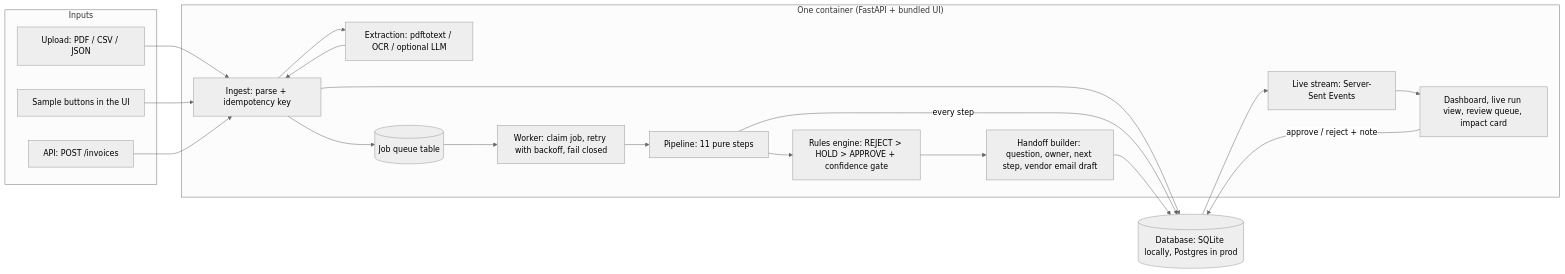
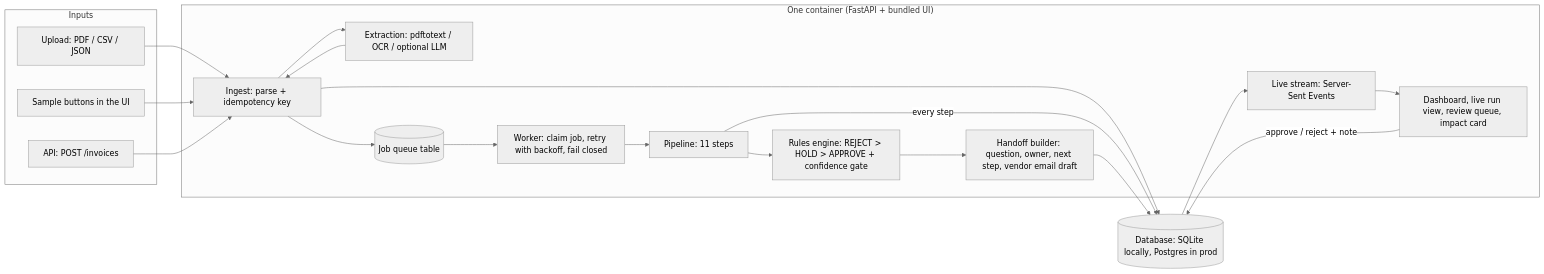
The second of 11 diagrams in docs/ARCHITECTURE.md (selvin-paul-raj/zamp-ps1-invoice), drawn with Mermaid (neutral theme) before and after one commit. The commit also changed other lines of this file and 10 other files, not shown here.

Commit message:
Docs: EVALS.md (Jev vs rules-only, calibration, cost), architecture (sources of truth + evidence model, Jev flow, production switches), README, Loom script, runbook; replay hash keeps option order (self-consistency now real in replay); re-recorded live Jev answers

````diff
--- a/docs/ARCHITECTURE.md
+++ b/docs/ARCHITECTURE.md
@@ -46,30 +50,30 @@
 ```mermaid
 flowchart LR
     subgraph Inputs
       U1[Upload: PDF / CSV / JSON]
       U2[Sample buttons in the UI]
       U3[API: POST /invoices]
     end
     subgraph App["One container (FastAPI + bundled UI)"]
       ING[Ingest: parse + idempotency key]
       EXT[Extraction: pdftotext / OCR / optional LLM]
       Q[(Job queue table)]
       W[Worker: claim job, retry with backoff, fail closed]
-      P[Pipeline: 11 pure steps]
+      P[Pipeline: 11 steps]
       RE[Rules engine: REJECT > HOLD > APPROVE + confidence gate]
       HO[Handoff builder: question, owner, next step, vendor email draft]
       SSE[Live stream: Server-Sent Events]
       UI[Dashboard, live run view, review queue, impact card]
     end
     DB[(Database: SQLite locally, Postgres in prod)]
     U1 --> ING
     U2 --> ING
     U3 --> ING
     ING --> EXT --> ING
     ING --> DB
     ING --> Q --> W --> P --> RE --> HO
     P -- every step --> DB
     DB --> SSE --> UI
     HO --> DB
     UI -- approve / reject + note --> DB
 ```
````
